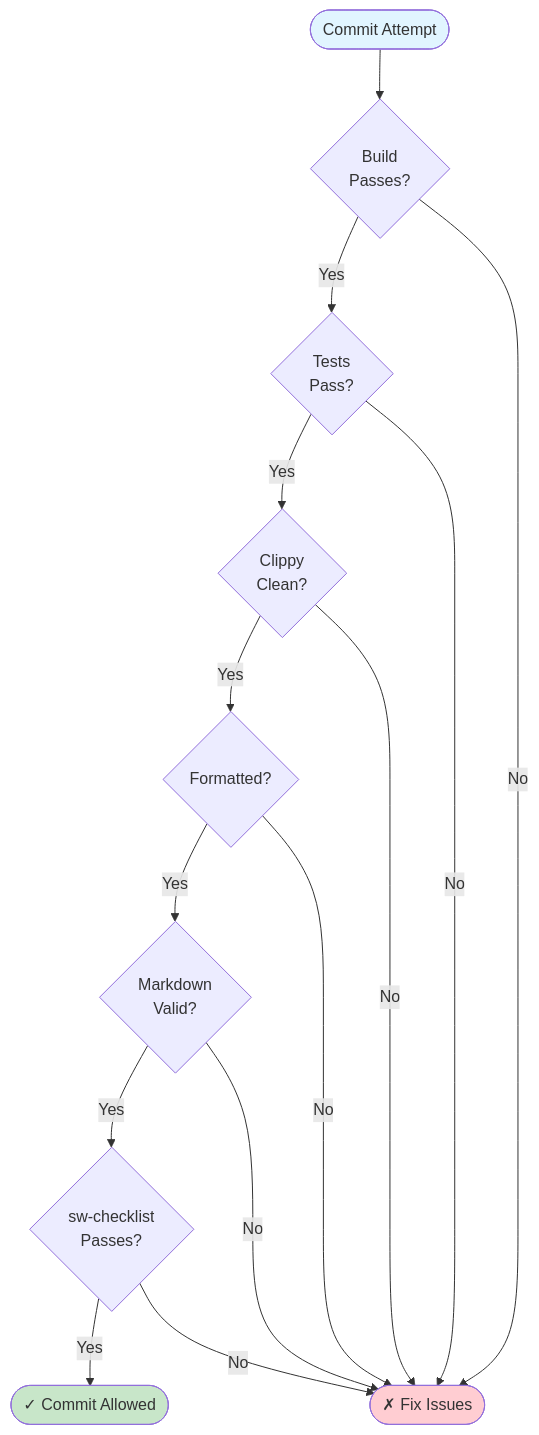
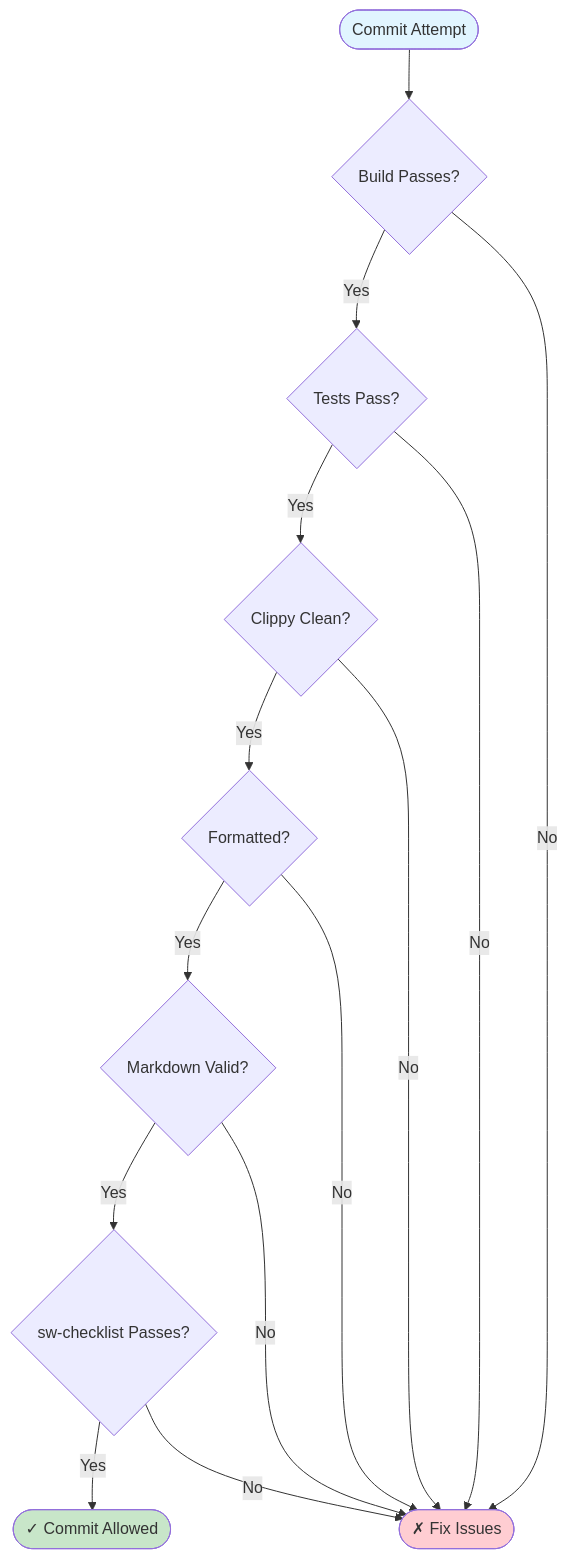
Diagram 12 of 15 in wiki/Testing-Strategy.md (softwarewrighter/ui-test-rs), drawn with Mermaid before and after one commit. The commit also changed other lines of this file and 10 other files, not shown here.

First line of the commit message:
Fix wiki Mermaid diagrams: remove <br/> tags

````diff
--- a/wiki/Testing-Strategy.md
+++ b/wiki/Testing-Strategy.md
@@ -437,37 +437,37 @@
 ```mermaid
 flowchart TB
     Start([Commit Attempt])
 
-    Build{Build<br/>Passes?}
-    Test{Tests<br/>Pass?}
-    Clippy{Clippy<br/>Clean?}
+    Build{Build Passes?}
+    Test{Tests Pass?}
+    Clippy{Clippy Clean?}
     Fmt{Formatted?}
-    MD{Markdown<br/>Valid?}
-    SW{sw-checklist<br/>Passes?}
+    MD{Markdown Valid?}
+    SW{sw-checklist Passes?}
 
     Success([✓ Commit Allowed])
     Fail([✗ Fix Issues])
 
     Start --> Build
     Build -->|Yes| Test
     Build -->|No| Fail
 
     Test -->|Yes| Clippy
     Test -->|No| Fail
 
     Clippy -->|Yes| Fmt
     Clippy -->|No| Fail
 
     Fmt -->|Yes| MD
     Fmt -->|No| Fail
 
     MD -->|Yes| SW
     MD -->|No| Fail
 
     SW -->|Yes| Success
     SW -->|No| Fail
 
     style Start fill:#e1f5ff
     style Success fill:#c8e6c9
     style Fail fill:#ffcdd2
 ```
````
